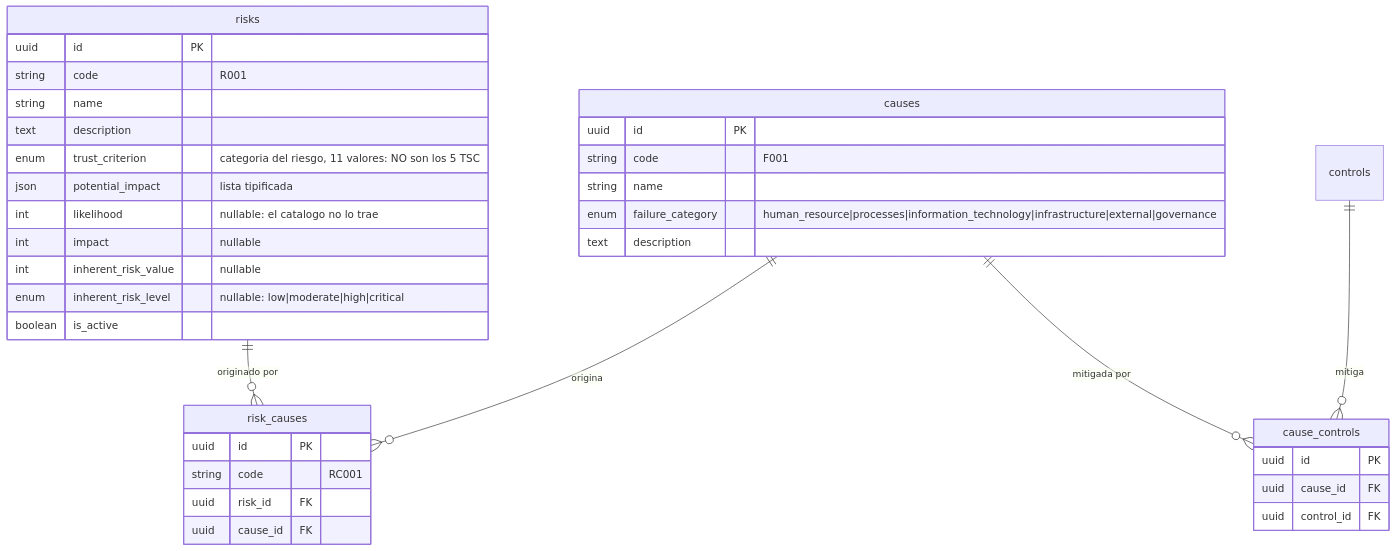
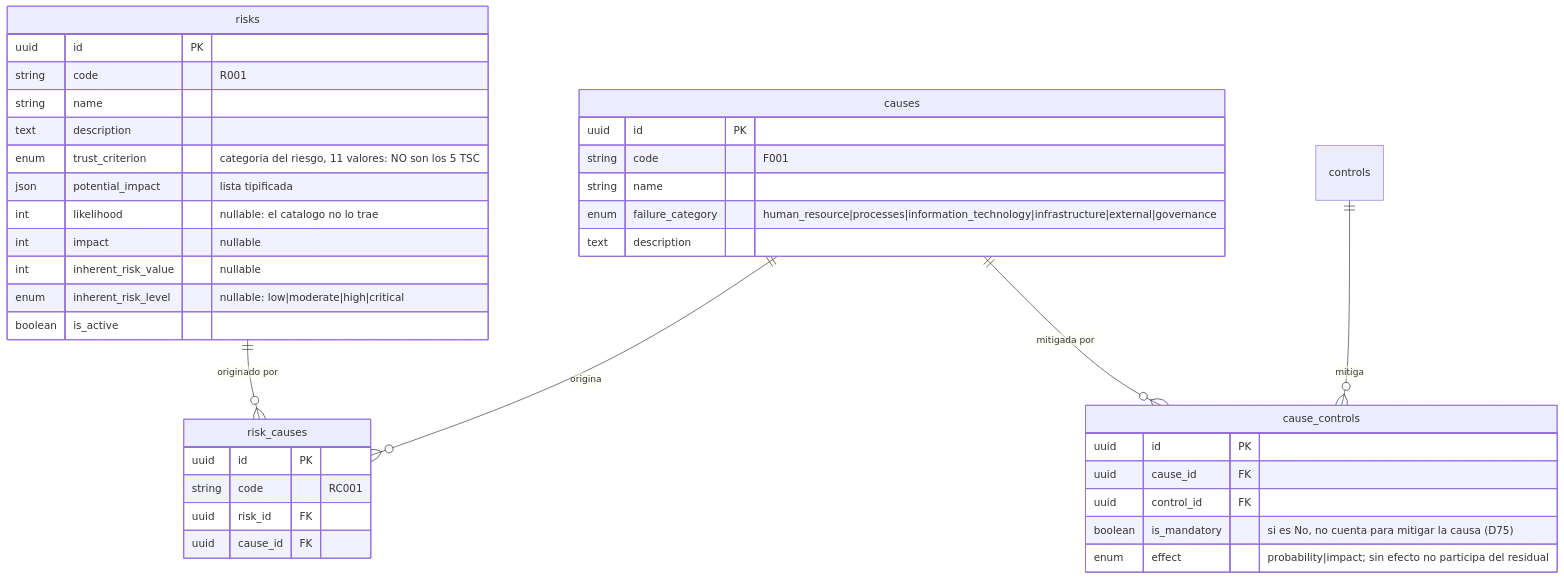
One commit to Monkey-GRC/Monkey-Brain-IA changed the fourth of 5 diagrams in skills/product/monkey-compliance-council/references/datos/modelo/03-catalogo-maestro.md. Above: the diagram before and after it, drawn with Mermaid. The commit also changed 23 other files, not shown here.

````diff
--- a/skills/product/monkey-compliance-council/references/datos/modelo/03-catalogo-maestro.md
+++ b/skills/product/monkey-compliance-council/references/datos/modelo/03-catalogo-maestro.md
@@ -294,38 +294,40 @@
 ```mermaid
 erDiagram
     risks {
         uuid id PK
         string code "R001"
         string name
         text description
         enum trust_criterion "categoria del riesgo, 11 valores: NO son los 5 TSC"
         json potential_impact "lista tipificada"
         int likelihood "nullable: el catalogo no lo trae"
         int impact "nullable"
         int inherent_risk_value "nullable"
         enum inherent_risk_level "nullable: low|moderate|high|critical"
         boolean is_active
     }
     causes {
         uuid id PK
         string code "F001"
         string name
         enum failure_category "human_resource|processes|information_technology|infrastructure|external|governance"
         text description
     }
     risk_causes {
         uuid id PK
         string code "RC001"
         uuid risk_id FK
         uuid cause_id FK
     }
     cause_controls {
         uuid id PK
         uuid cause_id FK
         uuid control_id FK
+        boolean is_mandatory "si es No, no cuenta para mitigar la causa (D75)"
+        enum effect "probability|impact; sin efecto no participa del residual"
     }
     risks ||--o{ risk_causes : "originado por"
     causes ||--o{ risk_causes : "origina"
     causes ||--o{ cause_controls : "mitigada por"
     controls ||--o{ cause_controls : "mitiga"
 ```
````
